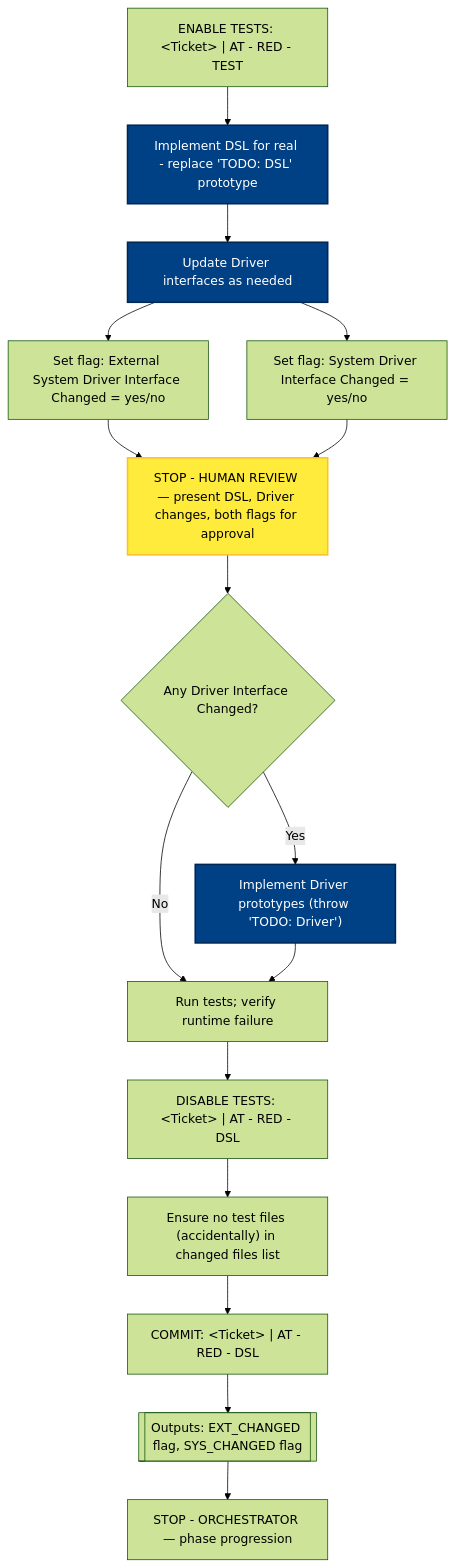
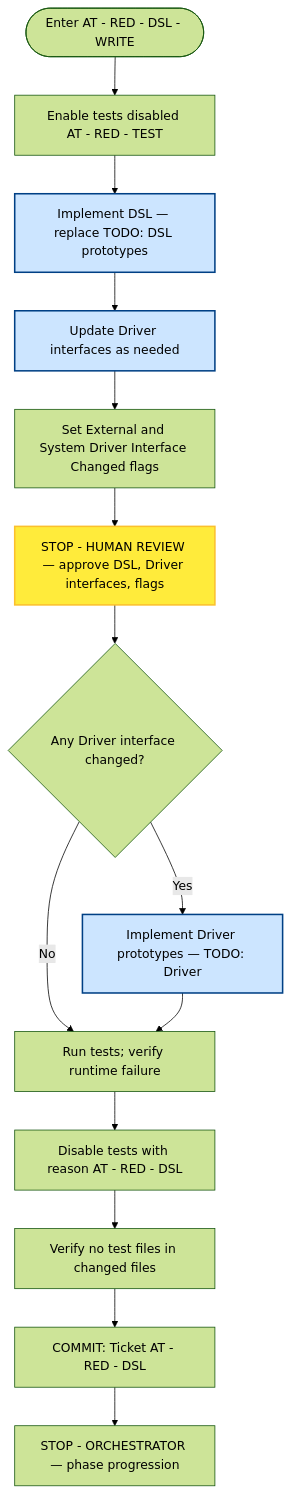
Before and after one commit to optivem/starter: the second of 8 diagrams in docs/atdd/process/phase-details-diagram.md, drawn with Mermaid (forest theme). The commit also changed other lines of this file and 1 other file, not shown here.

First line of the commit message:
Regenerate process diagrams after AT/CT phase doc split

````diff
--- a/docs/atdd/process/phase-details-diagram.md
+++ b/docs/atdd/process/phase-details-diagram.md
@@ -50,38 +61,35 @@
 ```mermaid
 flowchart TD
-    ENABLE["ENABLE TESTS: &lt;Ticket&gt; | AT - RED - TEST"]
-    IMPL_DSL[Implement DSL for real - replace 'TODO: DSL' prototype]
+    START([Enter AT - RED - DSL - WRITE])
+    ENABLE[Enable tests disabled AT - RED - TEST]
+    IMPL_DSL[Implement DSL — replace TODO: DSL prototypes]
     UPDATE_DRIVER_IFACE[Update Driver interfaces as needed]
-    CHECK_EXT[Set flag: External System Driver Interface Changed = yes/no]
-    CHECK_SYS[Set flag: System Driver Interface Changed = yes/no]
-    STOP_WRITE[STOP - HUMAN REVIEW — present DSL, Driver changes, both flags for approval]
-    DRIVER_CHANGED{Any Driver Interface Changed?}
-    IMPL_DRIVERS_PROTOTYPE["Implement Driver prototypes (throw 'TODO: Driver')"]
-    RUN_RUNTIME[Run tests; verify runtime failure]
-    DISABLE["DISABLE TESTS: &lt;Ticket&gt; | AT - RED - DSL"]
-    NO_TEST_FILES["Ensure no test files (accidentally) in changed files list"]
-    COMMIT["COMMIT: &lt;Ticket&gt; | AT - RED - DSL"]
-    OUTPUTS[[Outputs: EXT_CHANGED flag, SYS_CHANGED flag]]
+    SET_FLAGS[Set External and System Driver Interface Changed flags]
+    STOP_WRITE[STOP - HUMAN REVIEW — approve DSL, Driver interfaces, flags]
+    DRIVER_CHANGED{Any Driver interface changed?}
+    IMPL_DRIVERS_PROTOTYPE[Implement Driver prototypes — TODO: Driver]
+    RUN[Run tests; verify runtime failure]
+    DISABLE[Disable tests with reason AT - RED - DSL]
+    NO_TEST_FILES[Verify no test files in changed files]
+    COMMIT[COMMIT: Ticket AT - RED - DSL]
     STOP_END[STOP - ORCHESTRATOR — phase progression]
 
+    START --> ENABLE
     ENABLE --> IMPL_DSL
     IMPL_DSL --> UPDATE_DRIVER_IFACE
-    UPDATE_DRIVER_IFACE --> CHECK_EXT
-    UPDATE_DRIVER_IFACE --> CHECK_SYS
-    CHECK_EXT --> STOP_WRITE
-    CHECK_SYS --> STOP_WRITE
+    UPDATE_DRIVER_IFACE --> SET_FLAGS
+    SET_FLAGS --> STOP_WRITE
     STOP_WRITE --> DRIVER_CHANGED
-    DRIVER_CHANGED -->|No| RUN_RUNTIME
     DRIVER_CHANGED -->|Yes| IMPL_DRIVERS_PROTOTYPE
-    IMPL_DRIVERS_PROTOTYPE --> RUN_RUNTIME
-    RUN_RUNTIME --> DISABLE
+    DRIVER_CHANGED -->|No| RUN
+    IMPL_DRIVERS_PROTOTYPE --> RUN
+    RUN --> DISABLE
     DISABLE --> NO_TEST_FILES
     NO_TEST_FILES --> COMMIT
-    COMMIT --> OUTPUTS
-    OUTPUTS --> STOP_END
+    COMMIT --> STOP_END
 
-    classDef effortNode fill:#004085,stroke:#002752,stroke-width:2px,color:#fff
+    classDef effortNode fill:#cce5ff,stroke:#004085,stroke-width:2px
     class IMPL_DSL,UPDATE_DRIVER_IFACE,IMPL_DRIVERS_PROTOTYPE effortNode
     classDef humanReviewNode fill:#ffeb3b,stroke:#fbc02d,stroke-width:2px,color:#000
     class STOP_WRITE humanReviewNode
 ```
````
